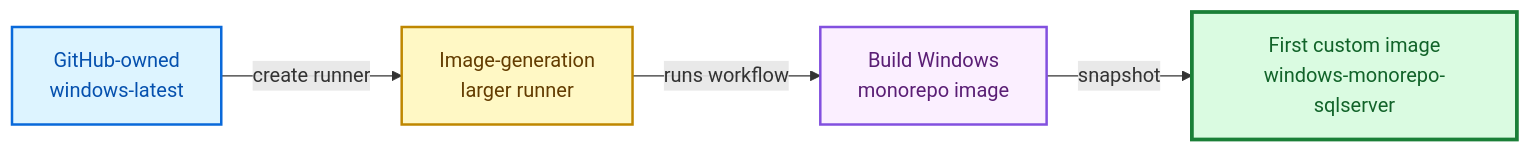
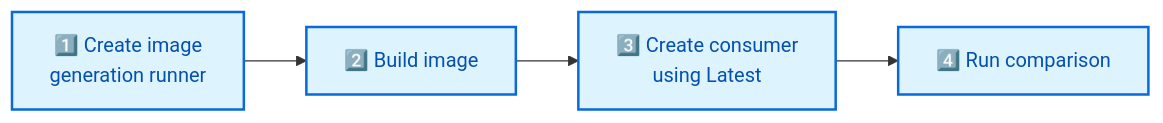
The second of 3 diagrams in README.md (tsvi-solutions/custom_images_examples), drawn with Mermaid before and after one commit. The commit also changed other lines of this file and 3 other files, not shown here.

````diff
--- a/README.md
+++ b/README.md
@@ -381,21 +119,11 @@
 ```mermaid
 flowchart LR
-    Base["GitHub-owned<br/>windows-latest"]
-    Builder["Image-generation<br/>larger runner"]
-    Workflow["Build Windows<br/>monorepo image"]
-    First["First custom image<br/>windows-monorepo-sqlserver"]
+    A["1️⃣ Create image<br/>generation runner"]
+    B["2️⃣ Build image"]
+    C["3️⃣ Create consumer<br/>using Latest"]
+    D["4️⃣ Run comparison"]
+    A --> B --> C --> D
 
-    Base -->|"create runner"| Builder
-    Builder -->|"runs workflow"| Workflow
-    Workflow -->|"snapshot"| First
-
-    classDef base fill:#ddf4ff,color:#0550ae,stroke:#0969da,stroke-width:2px;
-    classDef builder fill:#fff8c5,color:#633c01,stroke:#bf8700,stroke-width:2px;
-    classDef workflow fill:#fbefff,color:#5a1e75,stroke:#8250df,stroke-width:2px;
-    classDef image fill:#dafbe1,color:#116329,stroke:#1a7f37,stroke-width:3px;
-
-    class Base base;
-    class Builder builder;
-    class Workflow workflow;
-    class First image;
+    classDef step fill:#ddf4ff,color:#0550ae,stroke:#0969da,stroke-width:2px
+    class A,B,C,D step
 ```
````
